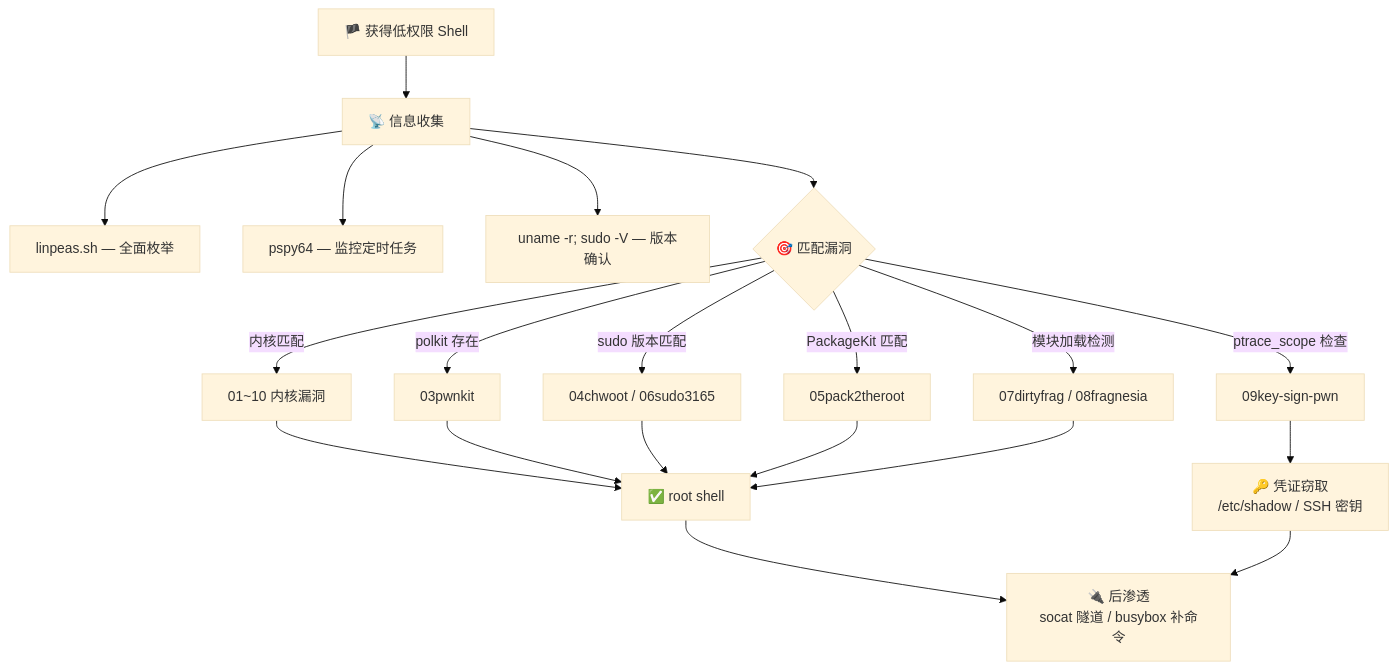
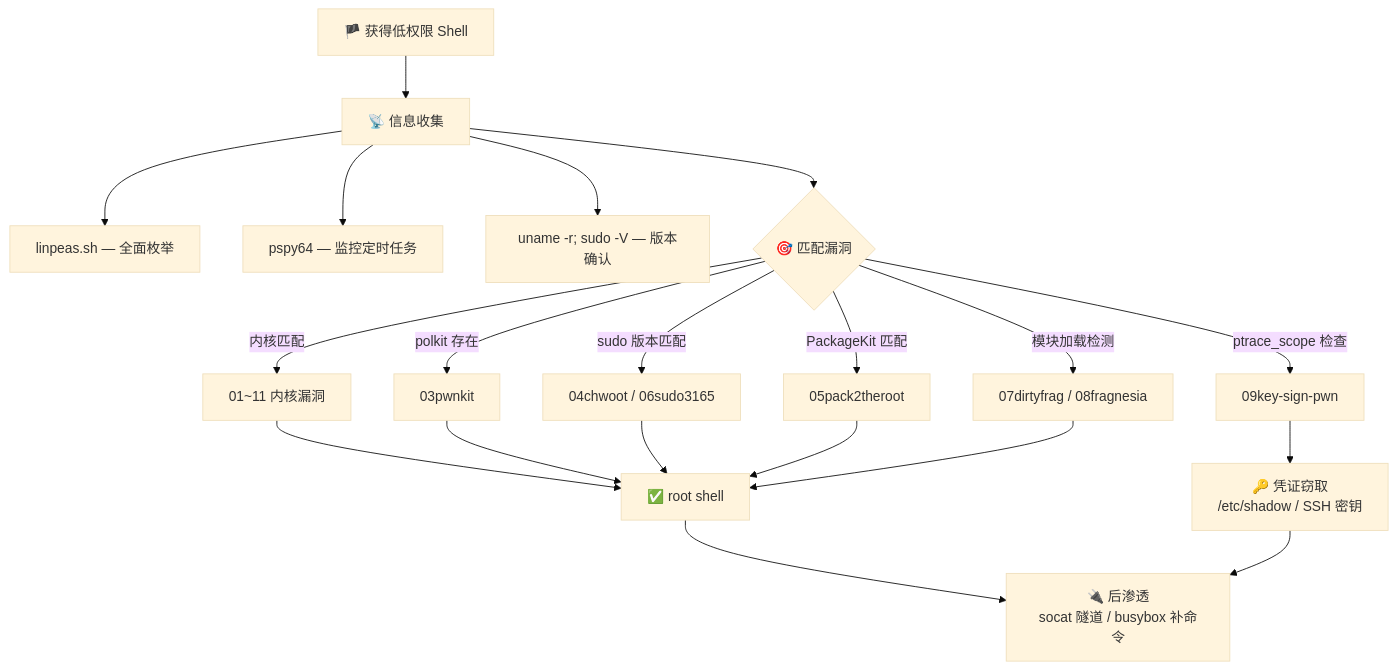
One commit to Apursuit/ll-privesc-kit changed the diagram in README.md. Above: the diagram before and after it, drawn with Mermaid (base theme). The commit also changed other lines of this file and 4 other files, not shown here.

````diff
--- a/README.md
+++ b/README.md
@@ -81,22 +84,22 @@
 ```mermaid
 flowchart TD
     A["🏴 获得低权限 Shell"] --> B["📡 信息收集"]
     B --> B1["linpeas.sh — 全面枚举"]
     B --> B2["pspy64 — 监控定时任务"]
     B --> B3["uname -r; sudo -V — 版本确认"]
     B --> C{"🎯 匹配漏洞"}
-    C -->|"内核匹配"| D["01~10 内核漏洞"]
+    C -->|"内核匹配"| D["01~11 内核漏洞"]
     C -->|"polkit 存在"| E["03pwnkit"]
     C -->|"sudo 版本匹配"| F["04chwoot / 06sudo3165"]
     C -->|"PackageKit 匹配"| G["05pack2theroot"]
     C -->|"模块加载检测"| J["07dirtyfrag / 08fragnesia"]
     C -->|"ptrace_scope 检查"| K["09key-sign-pwn"]
     D --> H["✅ root shell"]
     E --> H
     F --> H
     G --> H
     J --> H
     K --> L["🔑 凭证窃取<br>/etc/shadow / SSH 密钥"]
     H --> I["🔌 后渗透<br>socat 隧道 / busybox 补命令"]
     L --> I
 ```
````
